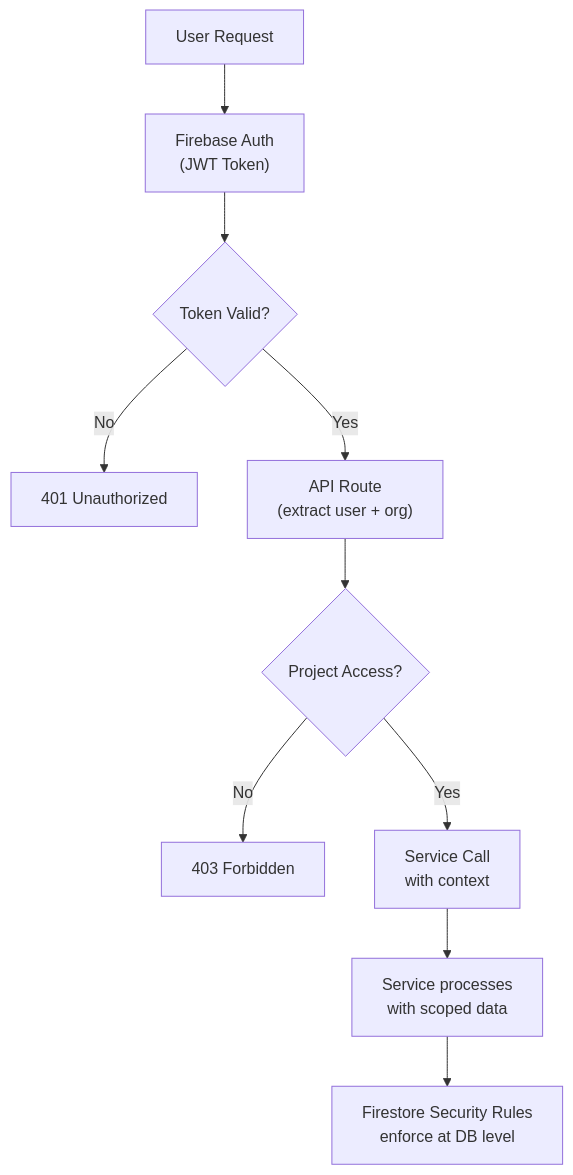
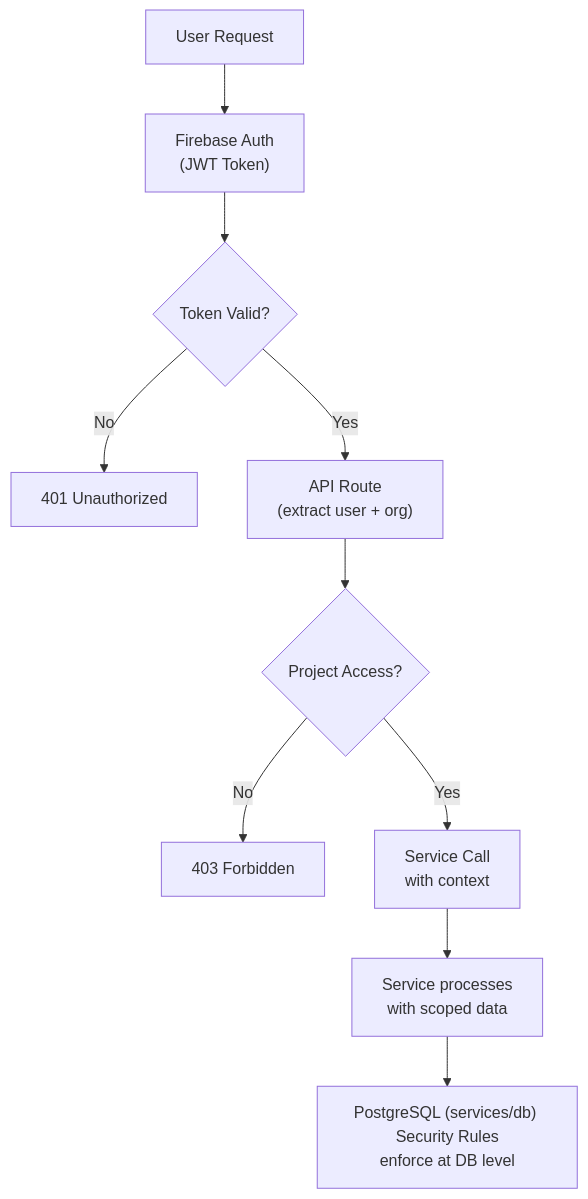
Before and after one commit to Wisnu8aji/paax-ai: the fifth of 5 diagrams in docs/architecture/system-overview.md, drawn with Mermaid. The commit also changed other lines of this file, not shown here.

Commit message:
docs(di): update system-overview.md architecture references

````diff
--- a/docs/architecture/system-overview.md
+++ b/docs/architecture/system-overview.md
@@ -356,12 +356,12 @@
 ```mermaid
 flowchart TD
     A["User Request"] --> B["Firebase Auth\n(JWT Token)"]
     B --> C{"Token Valid?"}
     C -->|No| D["401 Unauthorized"]
     C -->|Yes| E["API Route\n(extract user + org)"]
     E --> F{"Project Access?"}
     F -->|No| G["403 Forbidden"]
     F -->|Yes| H["Service Call\nwith context"]
     H --> I["Service processes\nwith scoped data"]
-    I --> J["Firestore Security Rules\nenforce at DB level"]
+    I --> J["PostgreSQL (services/db) Security Rules\nenforce at DB level"]
 ```
````
